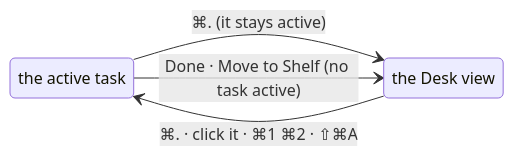
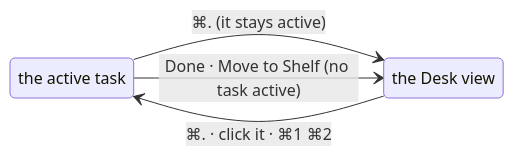
Before and after one commit to tampopogk/kanna: the diagram in docs/specs/desk-view.md, drawn with Mermaid. The commit also changed other lines of this file and 7 other files, not shown here.

Commit message:
Remove ⇧⌘A (Task Waiting Longest): no key goes to a task that needs you, its amber dot shows it where it is; AgentStatuses drops waitingLongest and the times it kept for it (Menus, tests, desk_tasks e2e, desk and desk-view specs, mockups)

````diff
--- a/docs/specs/desk-view.md
+++ b/docs/specs/desk-view.md
@@ -39,9 +39,9 @@
 ```mermaid
 stateDiagram-v2
     direction LR
     TaskView: the active task
     DeskView: the Desk view
     TaskView --> DeskView: ⌘. (it stays active)
-    DeskView --> TaskView: ⌘. · click it · ⌘1 ⌘2 · ⇧⌘A
+    DeskView --> TaskView: ⌘. · click it · ⌘1 ⌘2
     TaskView --> DeskView: Done · Move to Shelf (no task active)
 ```
````
